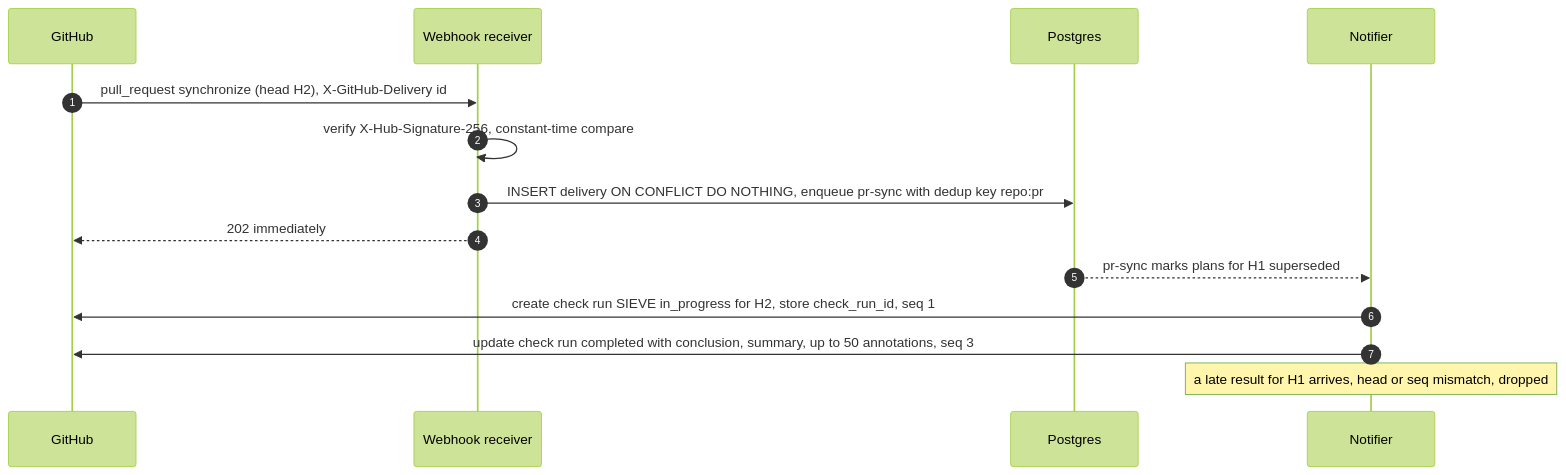
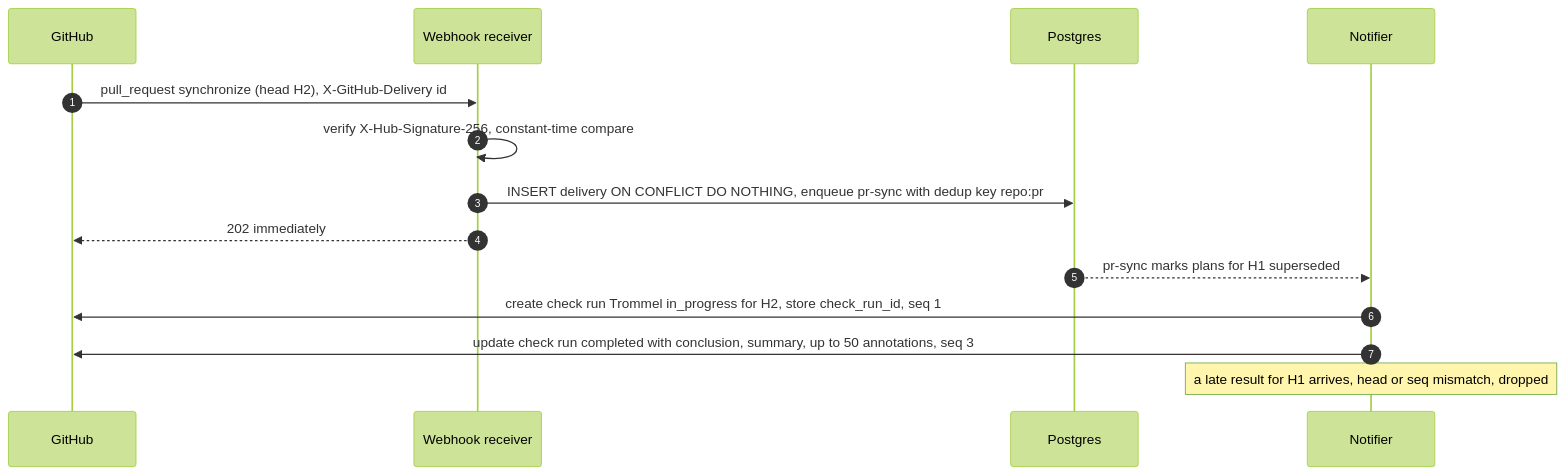
Before and after one commit to ojassug/sieve: the seventh of 10 diagrams in docs/architecture.md, drawn with Mermaid (forest theme). The commit also changed other lines of this file and 82 other files, not shown here.

First line of the commit message:
refactor: rename SIEVE to Trommel (DECISIONS 30)

````diff
--- a/docs/architecture.md
+++ b/docs/architecture.md
@@ -275,16 +275,16 @@
 ```mermaid
 sequenceDiagram
   autonumber
   participant G as GitHub
   participant H as Webhook receiver
   participant P as Postgres
   participant N as Notifier
   G->>H: pull_request synchronize (head H2), X-GitHub-Delivery id
   H->>H: verify X-Hub-Signature-256, constant-time compare
   H->>P: INSERT delivery ON CONFLICT DO NOTHING, enqueue pr-sync with dedup key repo:pr
   H-->>G: 202 immediately
   P-->>N: pr-sync marks plans for H1 superseded
-  N->>G: create check run SIEVE in_progress for H2, store check_run_id, seq 1
+  N->>G: create check run Trommel in_progress for H2, store check_run_id, seq 1
   N->>G: update check run completed with conclusion, summary, up to 50 annotations, seq 3
   Note over N: a late result for H1 arrives, head or seq mismatch, dropped
 ```
````
